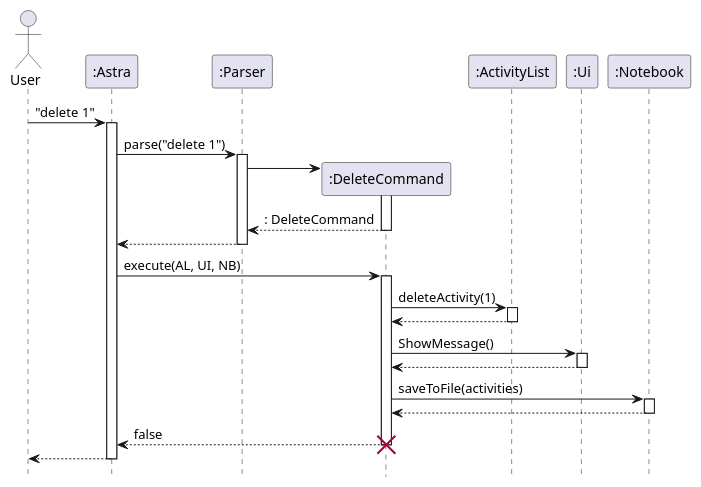
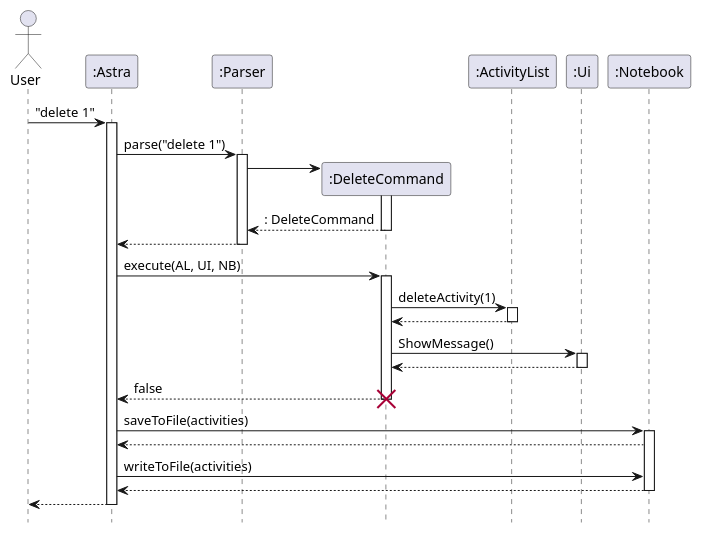
One commit to Kennahh/tp changed the diagram in docs/diagrams/DeleteCommand.puml. Above: the diagram before and after it, drawn with PlantUML. The commit also changed 9 other files, not shown here.

Commit message:
Update sequence diagrams for AddCommnd, ChangePriorityCommand, UnmarkCommand, DeleteCommand

```diff
--- a/docs/diagrams/DeleteCommand.puml
+++ b/docs/diagrams/DeleteCommand.puml
@@ -1,44 +1,46 @@
 @startuml
 'https://plantuml.com/sequence-diagram
 
 hide footbox
 actor User
 participant ":Astra" as Astra
 participant ":Parser" as Parser
 participant ":DeleteCommand" as DeleteCommand
 participant ":ActivityList" as ActivityList
 participant ":Ui" as Ui
 participant ":Notebook" as Notebook
 
 User -> Astra : "delete 1"
 activate Astra
 Astra -> Parser : parse("delete 1")
 activate Parser
 create DeleteCommand
 Parser -> DeleteCommand
 activate DeleteCommand
 return : DeleteCommand
 return
 deactivate Parser
 
 Astra -> DeleteCommand : execute(AL, UI, NB)
 activate DeleteCommand
 DeleteCommand -> ActivityList : deleteActivity(1)
 activate ActivityList
 return
 DeleteCommand -> Ui : ShowMessage()
 activate Ui
 return
 
-DeleteCommand->Notebook : saveToFile(activities)
-activate Notebook
-return
 return false
 deactivate DeleteCommand
 destroy DeleteCommand
+Astra ->Notebook : saveToFile(activities)
+activate Notebook
+Notebook --> Astra
+Astra -> Notebook : writeToFile(activities)
+return
 Astra --> User
 deactivate Astra
 
 
 
 @enduml
```
